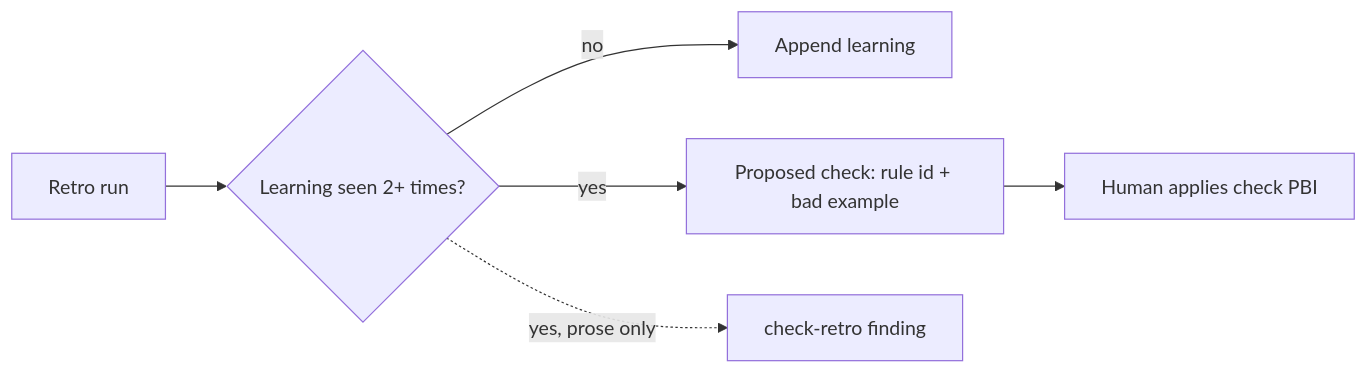
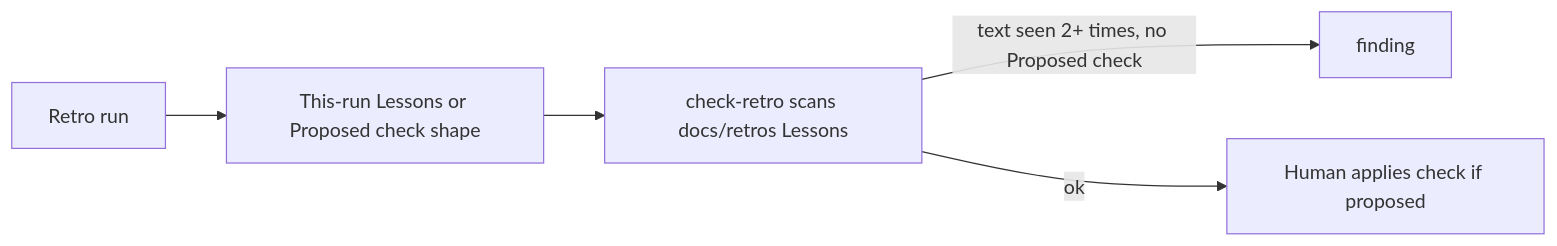
Before and after one commit to svennijhuis/agentPacks: the diagram in docs/pbi/17-retro-repeat-to-check.md, drawn with Mermaid. The commit also changed other lines of this file, not shown here.

Commit message:
docs(pbi): PBI-17 detect repeats only in check-retro
Goal, step 1, DoD, and flow all used to have the retro decide
repeats (and at "2+ prior"). Detection and the 2+ count live
only in check-retro, matching step 2. Inputs stay unlifted.

````diff
--- a/docs/pbi/17-retro-repeat-to-check.md
+++ b/docs/pbi/17-retro-repeat-to-check.md
@@ -38,8 +38,7 @@
 ```mermaid
 flowchart LR
-  R[Retro run] --> L{Learning seen 2+ times?}
-  L -->|no| P[Append learning]
-  L -->|yes| C[Proposed check: rule id + bad example]
-  C --> H[Human applies check PBI]
-  L -. yes, prose only .-> F[check-retro finding]
+  R[Retro run] --> P[This-run Lessons or Proposed check shape]
+  P --> C[check-retro scans docs/retros Lessons]
+  C -->|text seen 2+ times, no Proposed check| F[finding]
+  C -->|ok| H[Human applies check if proposed]
 ```
````
